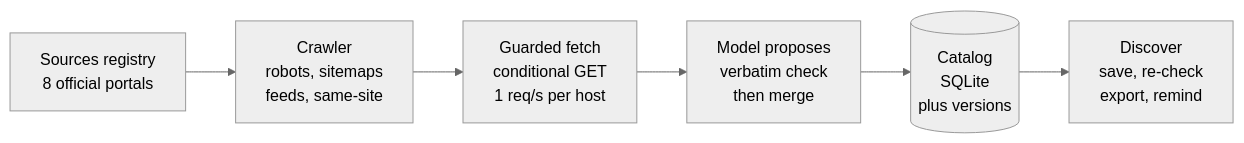
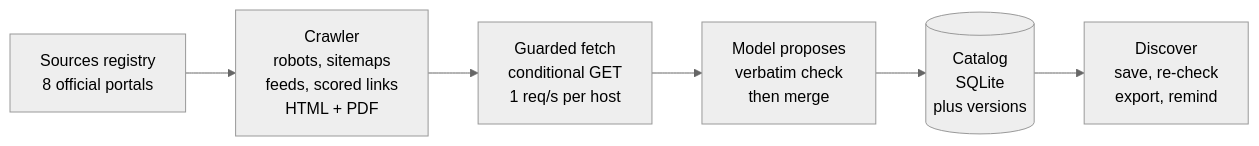
The third of 5 diagrams in README.md (RajeshKc777/ScholarPath-), drawn with Mermaid (neutral theme) before and after one commit. The commit also changed other lines of this file and 2 other files, not shown here.

Commit message:
docs: G187-G188 done, 682 tests, crawler and PDF copy (A45 A46)

````diff
--- a/README.md
+++ b/README.md
@@ -618,8 +624,8 @@
 ```mermaid
 flowchart LR
-    reg["Sources registry<br/>8 official portals"] --> crawl["Crawler<br/>robots, sitemaps<br/>feeds, same-site"]
+    reg["Sources registry<br/>8 official portals"] --> crawl["Crawler<br/>robots, sitemaps<br/>feeds, scored links<br/>HTML + PDF"]
     crawl --> fetch["Guarded fetch<br/>conditional GET<br/>1 req/s per host"]
     fetch --> extract["Model proposes<br/>verbatim check<br/>then merge"]
     extract --> db[("Catalog<br/>SQLite<br/>plus versions")]
     db --> use["Discover<br/>save, re-check<br/>export, remind"]
 ```
````
